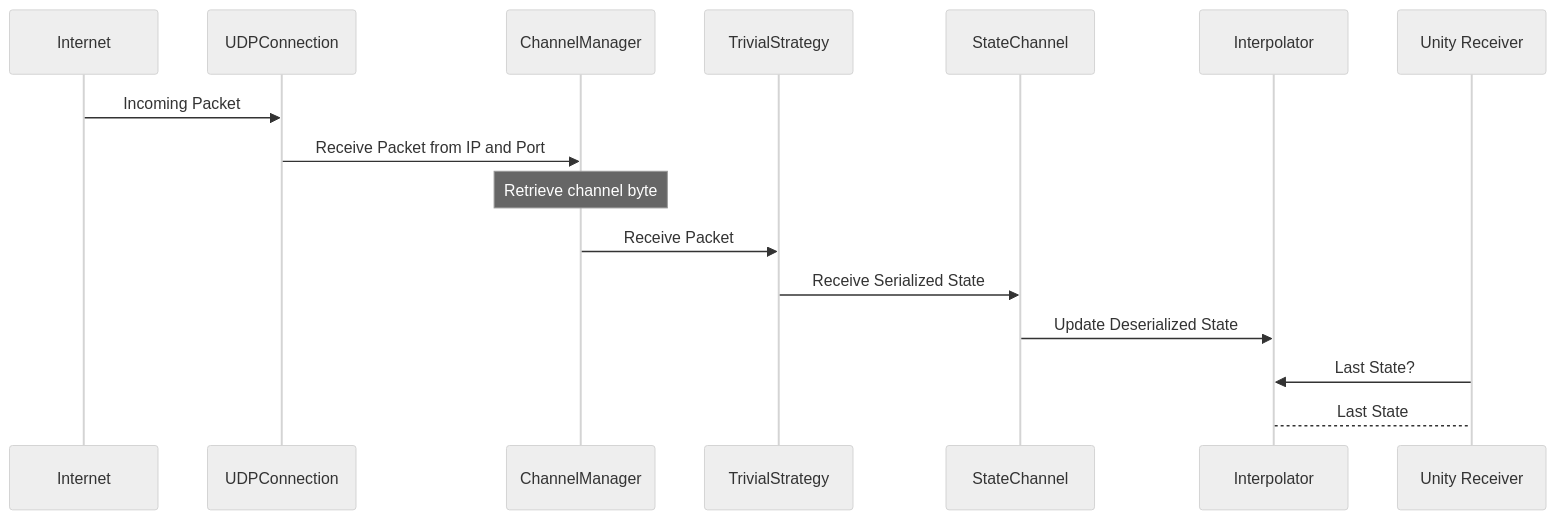
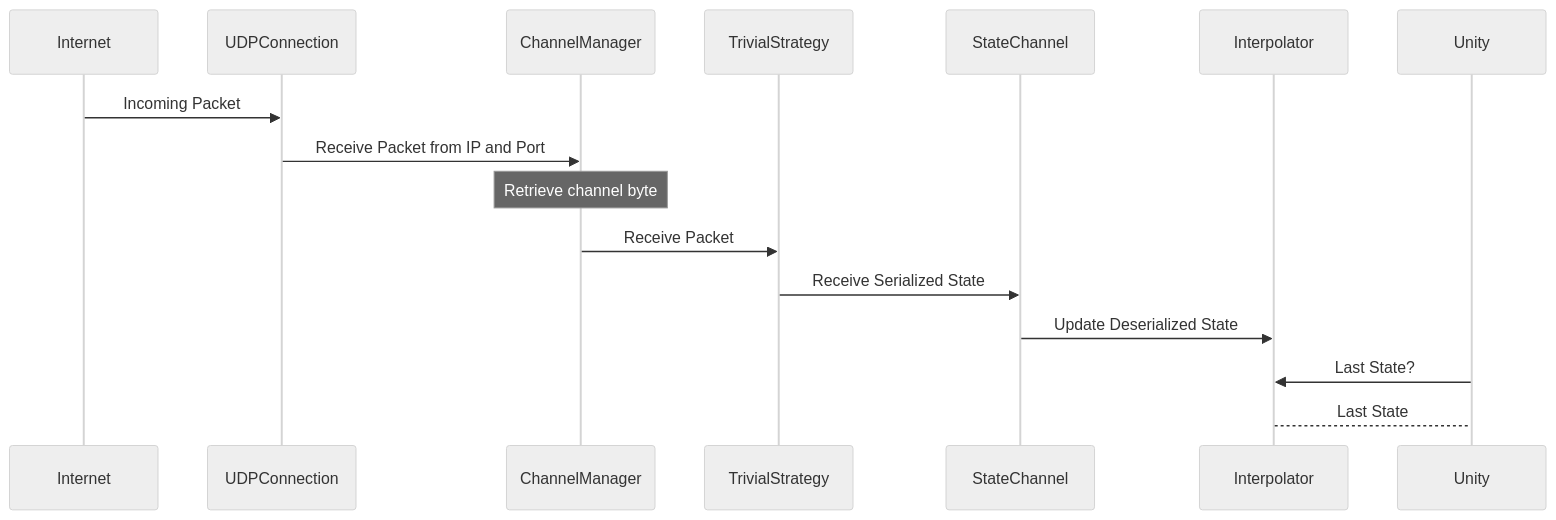
One commit to julianrod94/Videojuegos-Avanzados changed the second of 4 diagrams in README.md. Above: the diagram before and after it, drawn with Mermaid (neutral theme). The commit also changed other lines of this file, not shown here.

````diff
--- a/README.md
+++ b/README.md
@@ -13,11 +69,11 @@
 ```mermaid
 sequenceDiagram
 Internet ->> UDPConnection: Incoming Packet
 UDPConnection->>ChannelManager: Receive Packet from IP and Port
 Note over ChannelManager: Retrieve channel byte
 ChannelManager ->> TrivialStrategy: Receive Packet
 TrivialStrategy ->> StateChannel: Receive Serialized State
 StateChannel ->> Interpolator: Update Deserialized State
-Unity Receiver ->> Interpolator: Last State?
-Interpolator --> Unity Receiver: Last State
+Unity ->> Interpolator: Last State?
+Interpolator --> Unity: Last State
 ```
````
